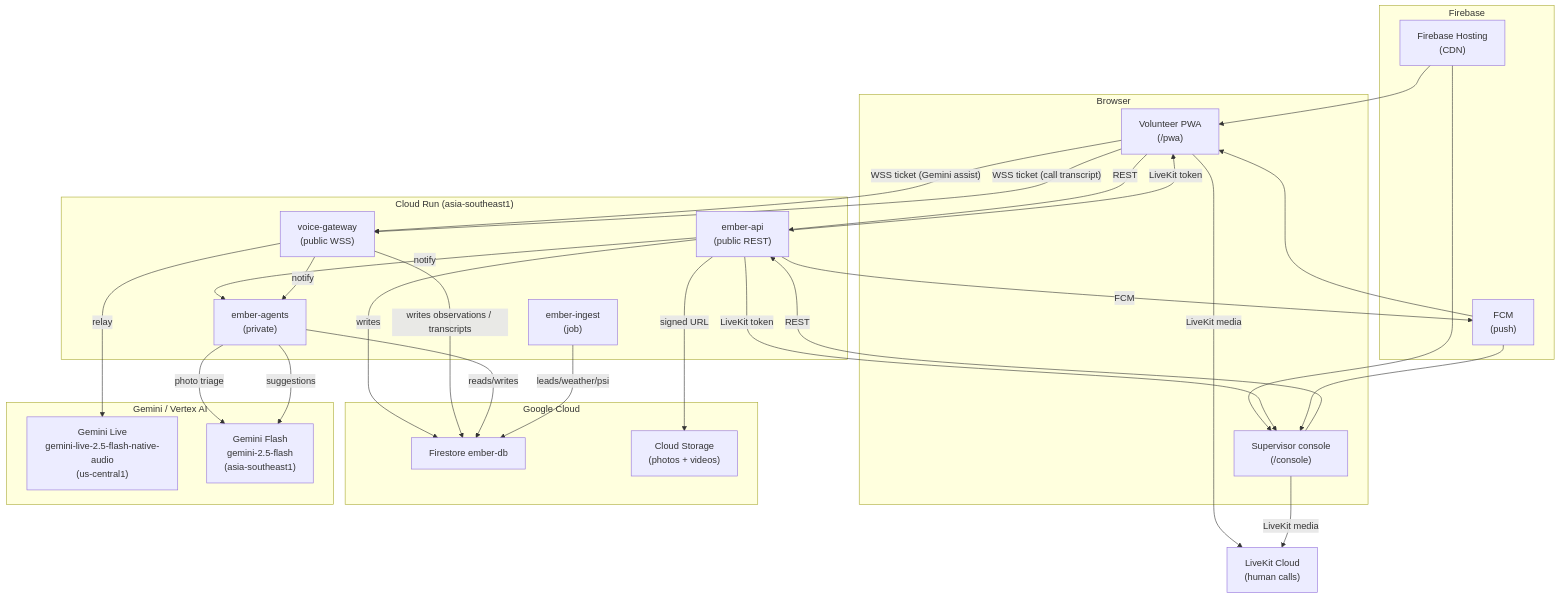
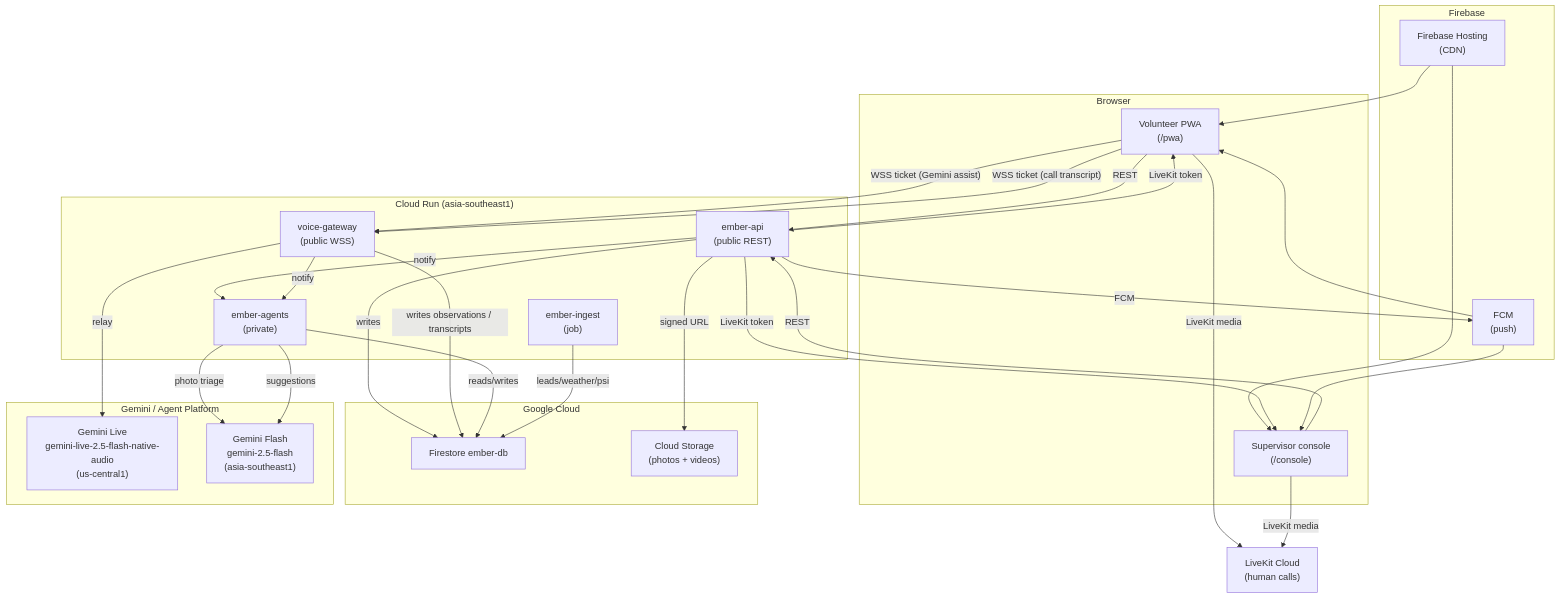
One commit to suhail39ahmed/ember-fire-commander changed the first of 2 diagrams in README.md. Above: the diagram before and after it, drawn with Mermaid. The commit also changed other lines of this file and 7 other files, not shown here.

Commit message:
docs: correct README claims (ADK, Agent Platform, weather, SMS, radius, roadmap)

````diff
--- a/README.md
+++ b/README.md
@@ -111,50 +111,50 @@
 ```mermaid
 graph TD
     subgraph Browser
         PWA["Volunteer PWA\n(/pwa)"]
         CON["Supervisor console\n(/console)"]
     end
     subgraph Firebase
         HOST["Firebase Hosting\n(CDN)"]
         FCM["FCM\n(push)"]
     end
     subgraph "Cloud Run (asia-southeast1)"
         API["ember-api\n(public REST)"]
         GW["voice-gateway\n(public WSS)"]
         AG["ember-agents\n(private)"]
         ING["ember-ingest\n(job)"]
     end
     subgraph "Google Cloud"
         FS["Firestore ember-db"]
         GCS["Cloud Storage\n(photos + videos)"]
     end
-    subgraph "Gemini / Vertex AI"
+    subgraph "Gemini / Agent Platform"
         LIVE["Gemini Live\ngemini-live-2.5-flash-native-audio\n(us-central1)"]
         FLASH["Gemini Flash\ngemini-2.5-flash\n(asia-southeast1)"]
     end
     LK["LiveKit Cloud\n(human calls)"]
 
     HOST --> PWA
     HOST --> CON
     PWA -- REST --> API
     CON -- REST --> API
     PWA -- "WSS ticket (Gemini assist)" --> GW
     PWA -- "WSS ticket (call transcript)" --> GW
     PWA -- "LiveKit media" --> LK
     CON -- "LiveKit media" --> LK
     API -- "LiveKit token" --> PWA
     API -- "LiveKit token" --> CON
     API -- "writes" --> FS
     API -- "signed URL" --> GCS
     API -- notify --> AG
     GW -- "writes observations / transcripts" --> FS
     GW -- notify --> AG
     GW -- relay --> LIVE
     AG -- "reads/writes" --> FS
     AG -- photo triage --> FLASH
     AG -- suggestions --> FLASH
     ING -- "leads/weather/psi" --> FS
     API -- FCM --> FCM
     FCM --> PWA
     FCM --> CON
 ```
````
